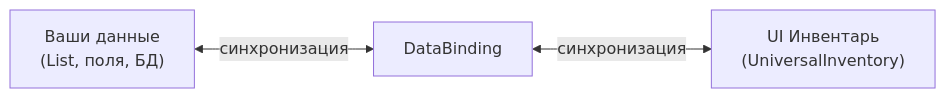
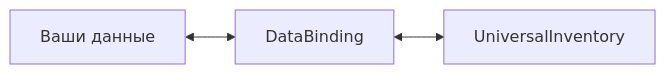
One commit to SergeevSergey99/DragAndDropSystem-Docs changed the first of 2 diagrams in .docs/content/architecture/data-binding.md. Above: the diagram before and after it, drawn with Mermaid. The commit also changed other lines of this file and 16 other files, not shown here.

````diff
--- a/.docs/content/architecture/data-binding.md
+++ b/.docs/content/architecture/data-binding.md
@@ -15,5 +12,5 @@
 ```mermaid
 flowchart LR
-    DATA["Ваши данные<br/>(List, поля, БД)"] <-->|"синхронизация"| DB["DataBinding"]
-    DB <-->|"синхронизация"| UI["UI Инвентарь<br/>(UniversalInventory)"]
+    Data["Ваши данные"] <--> Binding["DataBinding"]
+    Binding <--> UI["UniversalInventory"]
 ```
````
